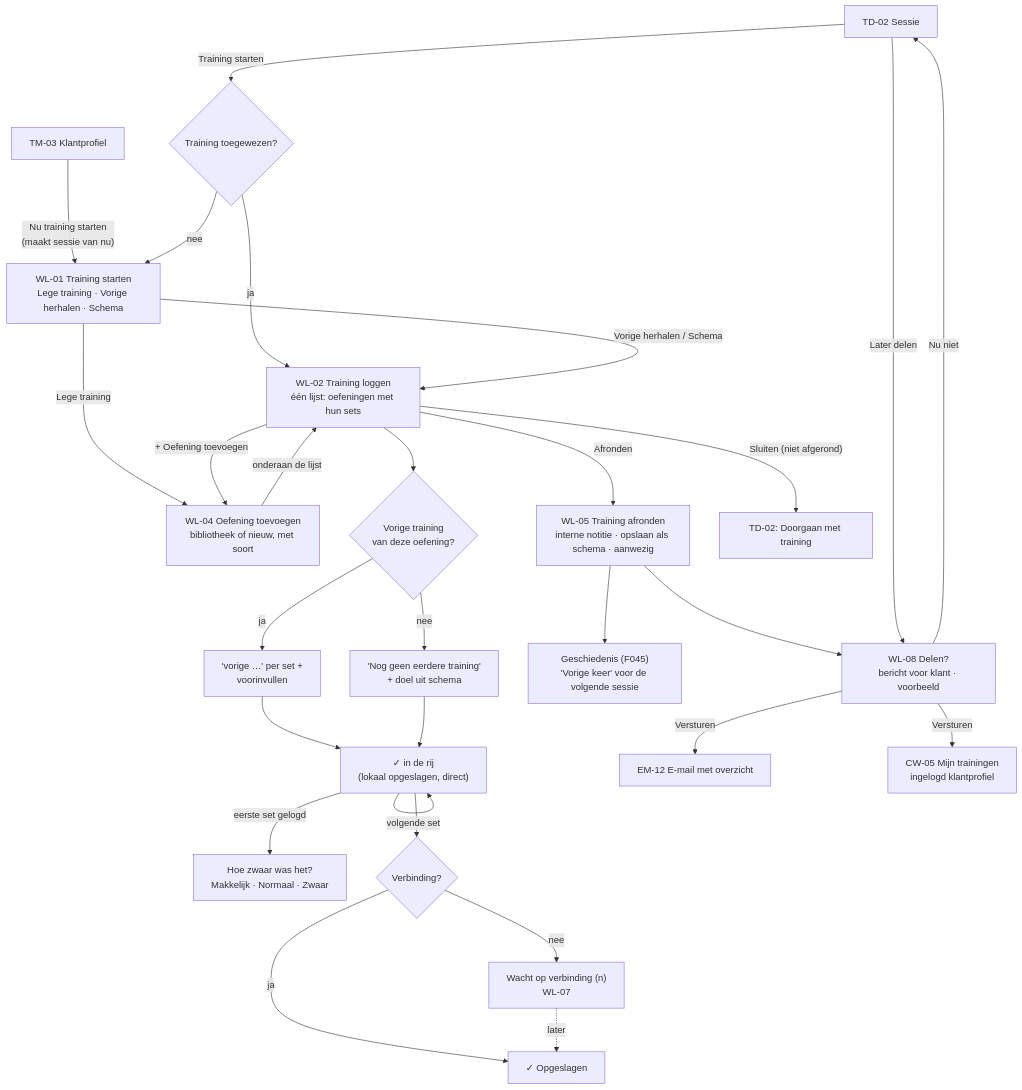
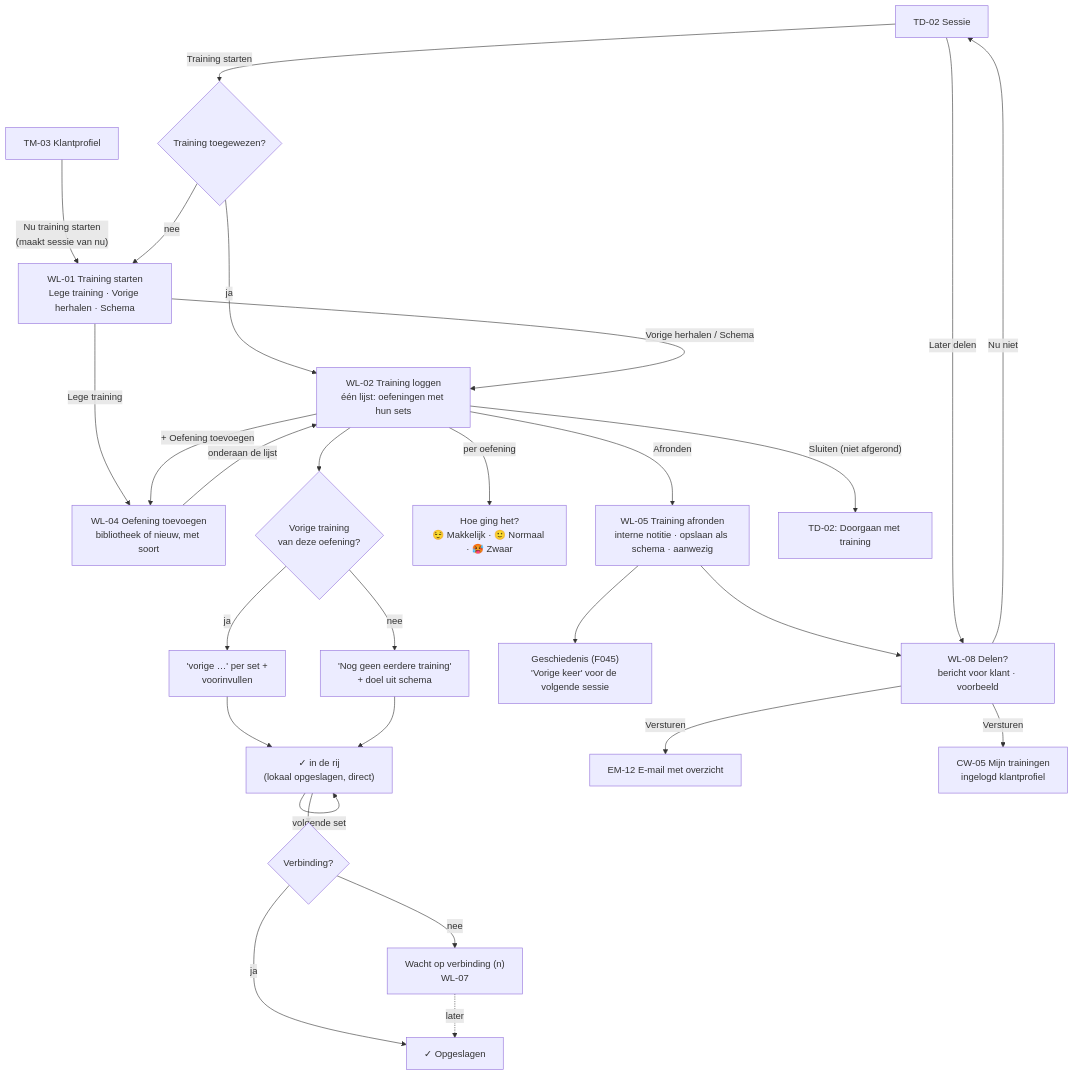
One commit to fivvi-app/fivvi changed the diagram in docs/design/flows/05-live-workout-logging.md. Above: the diagram before and after it, drawn with Mermaid. The commit also changed other lines of this file and 4 other files, not shown here.

````diff
--- a/docs/design/flows/05-live-workout-logging.md
+++ b/docs/design/flows/05-live-workout-logging.md
@@ -35,29 +35,29 @@
 ```mermaid
 flowchart TD
   td02["TD-02 Sessie"] -- "Training starten" --> hasw{"Training toegewezen?"}
   tm03["TM-03 Klantprofiel"] -- "Nu training starten<br/>(maakt sessie van nu)" --> wl01
   hasw -- "ja" --> wl02
   hasw -- "nee" --> wl01["WL-01 Training starten<br/>Lege training · Vorige herhalen · Schema"]
   wl01 -- "Lege training" --> wl04
   wl01 -- "Vorige herhalen / Schema" --> wl02["WL-02 Training loggen<br/>één lijst: oefeningen met hun sets"]
   wl02 -- "+ Oefening toevoegen" --> wl04["WL-04 Oefening toevoegen<br/>bibliotheek of nieuw, met soort"]
   wl04 -- "onderaan de lijst" --> wl02
   wl02 --> prev{"Vorige training<br/>van deze oefening?"}
   prev -- "ja" --> showprev["'vorige …' per set +<br/>voorinvullen"]
   prev -- "nee" --> showtarget["'Nog geen eerdere training'<br/>+ doel uit schema"]
   showprev --> log["✓ in de rij<br/>(lokaal opgeslagen, direct)"]
   showtarget --> log
   log --> sync{"Verbinding?"}
   sync -- "ja" --> synced["✓ Opgeslagen"]
   sync -- "nee" --> queued["Wacht op verbinding (n)<br/>WL-07"] -. "later" .-> synced
   log -- "volgende set" --> log
-  log -- "eerste set gelogd" --> diff["Hoe zwaar was het?<br/>Makkelijk · Normaal · Zwaar"]
+  wl02 -- "per oefening" --> diff["Hoe ging het?<br/>😌 Makkelijk · 🙂 Normaal · 🥵 Zwaar"]
   wl02 -- "Afronden" --> wl05["WL-05 Training afronden<br/>interne notitie · opslaan als schema · aanwezig"]
   wl05 --> hist["Geschiedenis (F045)<br/>'Vorige keer' voor de volgende sessie"]
   wl05 --> wl08["WL-08 Delen?<br/>bericht voor klant · voorbeeld"]
   wl08 -- "Nu niet" --> td02
   td02 -- "Later delen" --> wl08
   wl08 -- "Versturen" --> em12["EM-12 E-mail met overzicht"]
   wl08 -- "Versturen" --> cw05["CW-05 Mijn trainingen<br/>ingelogd klantprofiel"]
   wl02 -- "Sluiten (niet afgerond)" --> td02b["TD-02: Doorgaan met training"]
 ```
````
